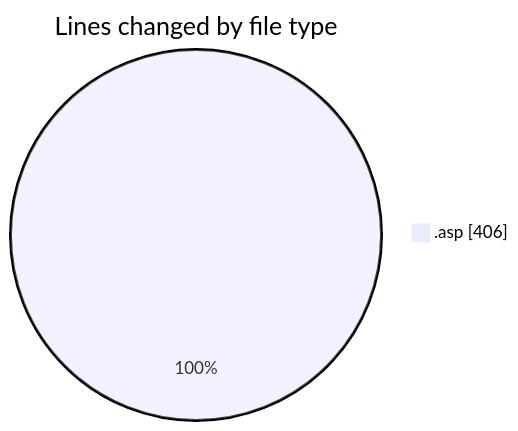
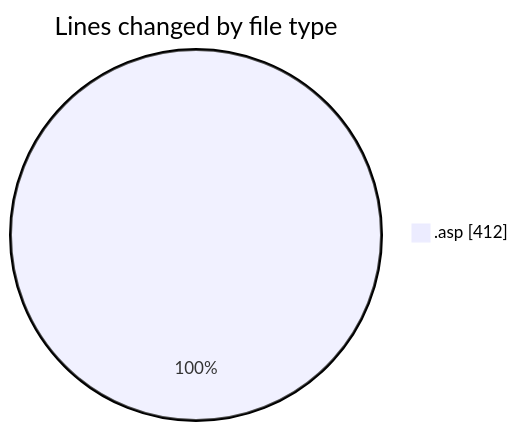
One commit to julien-gomy/code-tracking changed the first of 2 diagrams in 2025-11-12/cdp_aleoudev_fr__workspace_/README.md. Above: the diagram before and after it, drawn with Mermaid. The commit also changed other lines of this file and 1 other file, not shown here.

````diff
--- a/2025-11-12/cdp_aleoudev_fr__workspace_/README.md
+++ b/2025-11-12/cdp_aleoudev_fr__workspace_/README.md
@@ -22,5 +22,5 @@
 ```mermaid
 pie showData
 title Lines changed by file type
-".asp" : 406
+".asp" : 412
 ```
````
